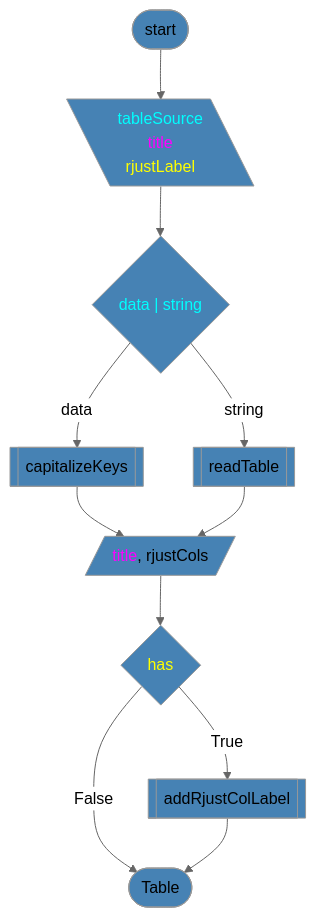
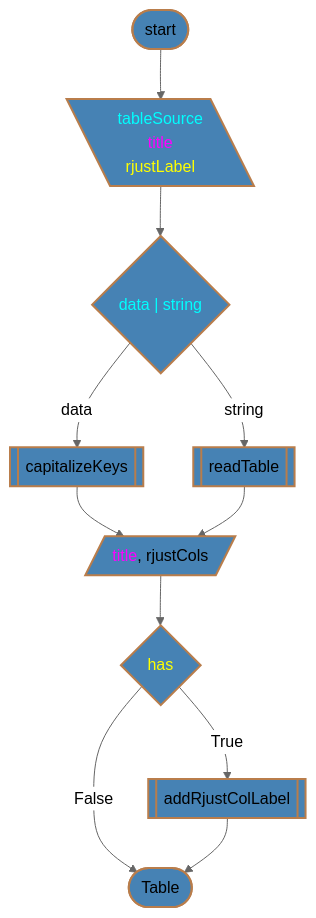
The second of 20 diagrams in scripts/table/design.md (7s4e/p3), drawn with Mermaid (neutral theme) before and after one commit. The commit also changed other lines of this file, not shown here.

````diff
--- a/scripts/table/design.md
+++ b/scripts/table/design.md
@@ -61,25 +61,25 @@
 ```mermaid
 flowchart
-    classDef fill fill:#4682b4
-    STR([start]):::fill
+    classDef shape fill:#4682b4,stroke:#b97d4b,stroke-width:2px
+    STR([start]):::shape
         STR --> SRC
     SRC[\"<span style='color:cyan;'>tableSource</span>
           <span style='color:magenta;'>title</span>
-          <span style='color:yellow;'>rjustLabel</span>"\]:::fill
+          <span style='color:yellow;'>rjustLabel</span>"\]:::shape
         SRC --> DOS
-    DOS{"<span style='color:cyan;'>data | string</span>"}:::fill
+    DOS{"<span style='color:cyan;'>data | string</span>"}:::shape
         DOS -- data  --> CAP
         DOS -- string --> RDT
-    CAP[[capitalizeKeys]]:::fill
+    CAP[[capitalizeKeys]]:::shape
         CAP --> SET
-    RDT[[readTable]]:::fill
+    RDT[[readTable]]:::shape
         RDT --> SET
-    SET[/"<span style='color:magenta;'>title</span>, rjustCols"/]:::fill
+    SET[/"<span style='color:magenta;'>title</span>, rjustCols"/]:::shape
         SET --> HCL
-    HCL{"<span style='color:yellow;'>has</span>"}:::fill
+    HCL{"<span style='color:yellow;'>has</span>"}:::shape
         HCL -- True  --> ACL
         HCL -- False --> END
-    ACL[[addRjustColLabel]]:::fill
+    ACL[[addRjustColLabel]]:::shape
         ACL --> END
-    END([Table]):::fill
+    END([Table]):::shape
 ```
````
